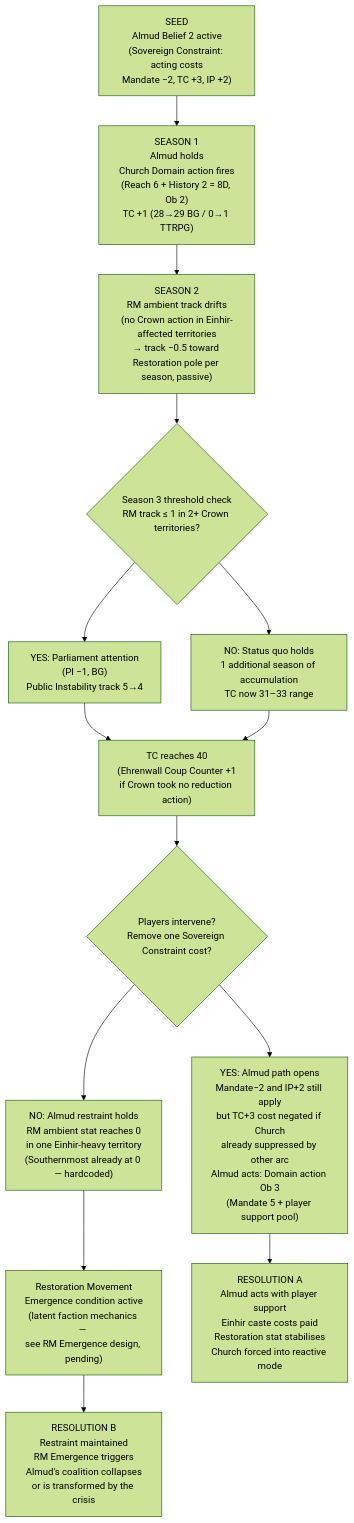
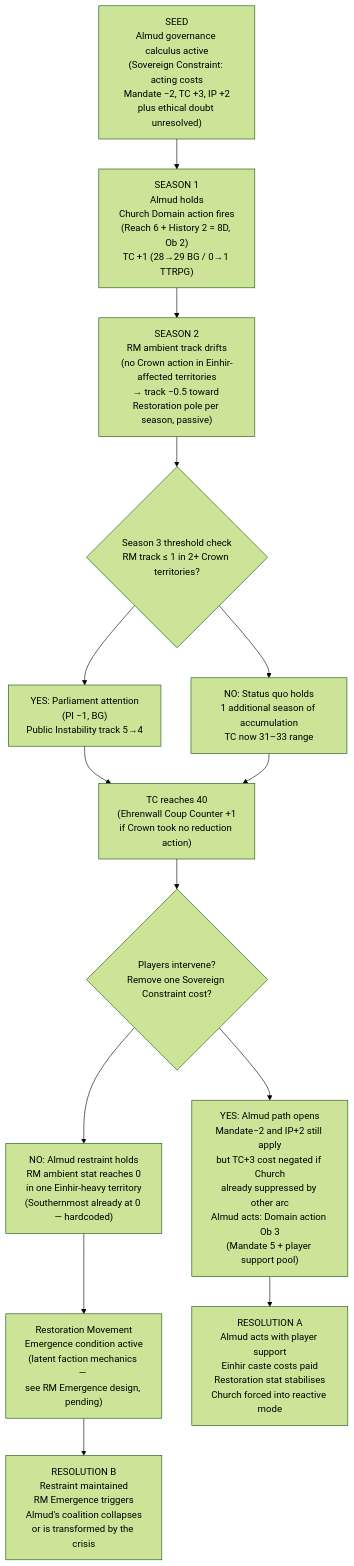
The first of 4 diagrams in gm_ref/arcs_01_04_nongreedy.md (jordanelias/ttrpg), drawn with Mermaid (forest theme) before and after one commit. The commit also changed other lines of this file and 2 other files, not shown here.

Commit message:
[editorial] Arc 1 Almud reframing + Arc 9 consecration crisis extension — ED-398/ED-407

````diff
--- a/gm_ref/arcs_01_04_nongreedy.md
+++ b/gm_ref/arcs_01_04_nongreedy.md
@@ -30,23 +32,23 @@
 ```mermaid
 flowchart TD
-    A["SEED\nAlmud Belief 2 active\n(Sovereign Constraint: acting costs\nMandate −2, TC +3, IP +2)"]
+    A["SEED\nAlmud governance calculus active\n(Sovereign Constraint: acting costs\nMandate −2, TC +3, IP +2\nplus ethical doubt unresolved)"]
     B["SEASON 1\nAlmud holds\nChurch Domain action fires\n(Reach 6 + History 2 = 8D, Ob 2)\nTC +1 (28→29 BG / 0→1 TTRPG)"]
     C["SEASON 2\nRM ambient track drifts\n(no Crown action in Einhir-affected territories\n→ track −0.5 toward Restoration pole per season, passive)"]
     D{"Season 3 threshold check\nRM track ≤ 1 in 2+ Crown territories?"}
     E["YES: Parliament attention\n(PI −1, BG)\nPublic Instability track 5→4"]
     F["NO: Status quo holds\n1 additional season of accumulation\nTC now 31–33 range"]
     G["TC reaches 40\n(Ehrenwall Coup Counter +1\nif Crown took no reduction action)"]
     H{"Players intervene?\nRemove one Sovereign Constraint cost?"}
     I["YES: Almud path opens\nMandate−2 and IP+2 still apply\nbut TC+3 cost negated if Church\nalready suppressed by other arc\nAlmud acts: Domain action Ob 3\n(Mandate 5 + player support pool)"]
     J["NO: Almud restraint holds\nRM ambient stat reaches 0\nin one Einhir-heavy territory\n(Southernmost already at 0 — hardcoded)"]
     K["Restoration Movement\nEmergence condition active\n(latent faction mechanics — \nsee RM Emergence design, pending)"]
     L["RESOLUTION A\nAlmud acts with player support\nEinhir caste costs paid\nRestoration stat stabilises\nChurch forced into reactive mode"]
     M["RESOLUTION B\nRestraint maintained\nRM Emergence triggers\nAlmud's coalition collapses\nor is transformed by the crisis"]
 
     A --> B --> C --> D
     D --> E --> G
     D --> F --> G
     G --> H
     H --> I --> L
     H --> J --> K --> M
 ```
````
